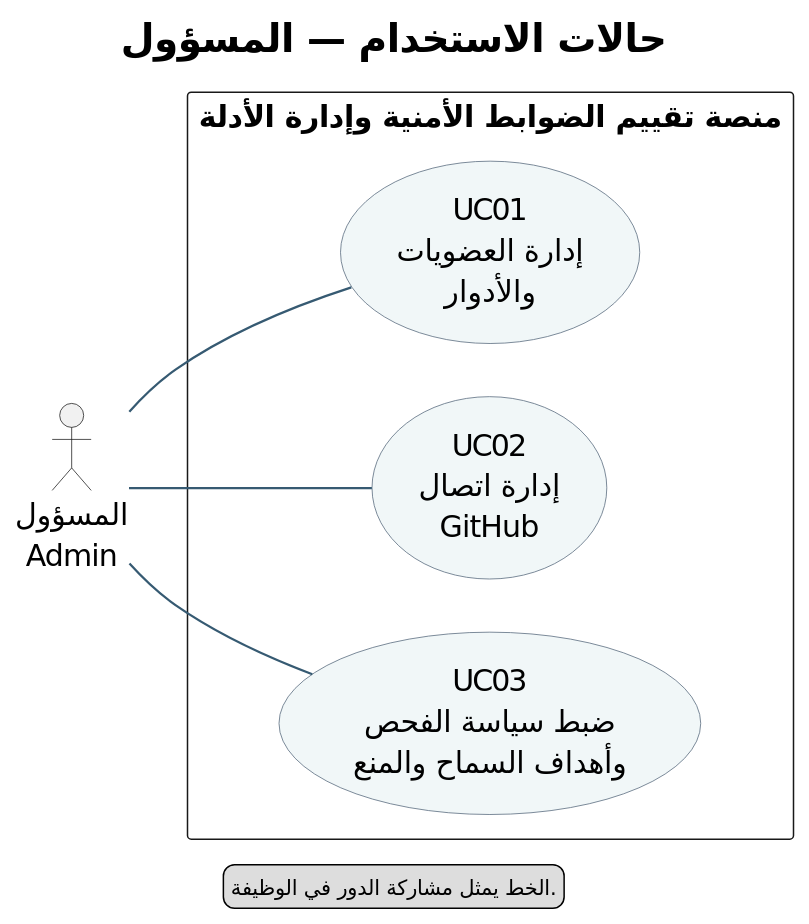
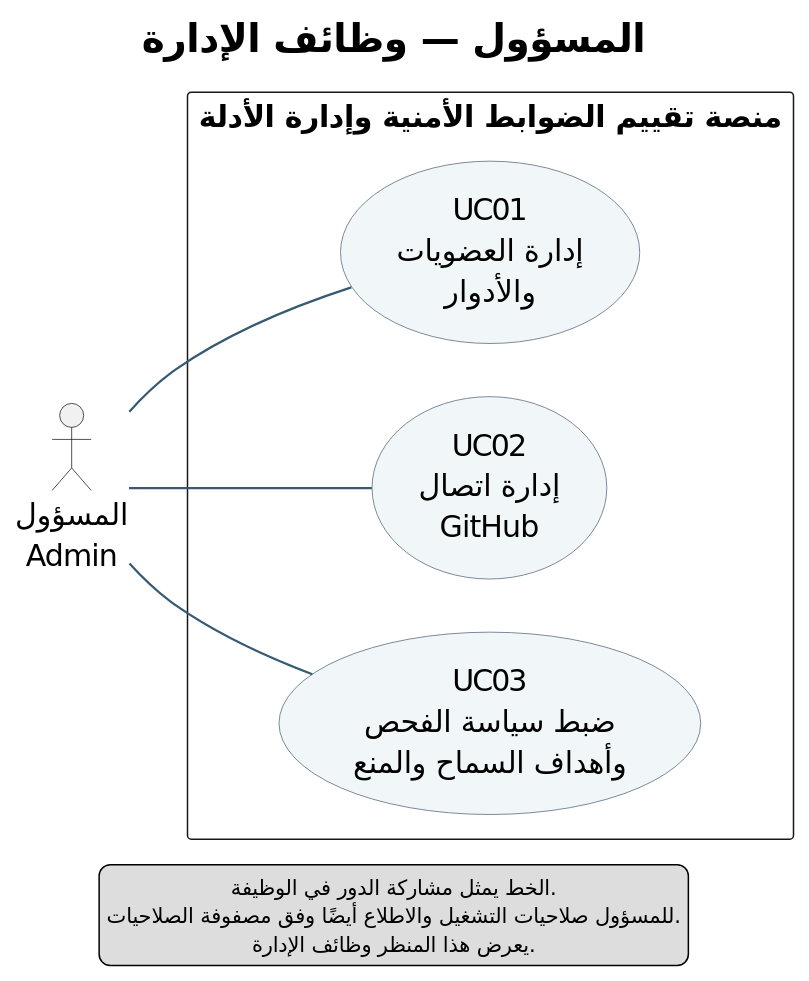
The first of 3 diagrams in docs/diagrams/use-cases/02-use-cases.puml (omar-Al-Assaf/github-security-assessment), drawn with PlantUML before and after one commit. The commit also changed 27 other files, not shown here.

```diff
--- a/docs/diagrams/use-cases/02-use-cases.puml
+++ b/docs/diagrams/use-cases/02-use-cases.puml
@@ -1,28 +1,30 @@
 @startuml 02-use-cases-admin
-title حالات الاستخدام — المسؤول
+title المسؤول — وظائف الإدارة
 left to right direction
 skinparam defaultFontName Dubai
 skinparam defaultFontSize 20
 skinparam titleFontSize 26
 skinparam defaultTextAlignment center
 skinparam shadowing false
 skinparam nodesep 35
 skinparam ranksep 55
 skinparam ArrowColor #365A72
 skinparam ArrowThickness 1.5
 skinparam usecaseBackgroundColor #F1F7F8
 skinparam usecaseBorderColor #526578
 
 actor "المسؤول\nAdmin" as Admin
 rectangle "منصة تقييم الضوابط الأمنية وإدارة الأدلة" {
   usecase "UC01\nإدارة العضويات\nوالأدوار" as UC01
   usecase "UC02\nإدارة اتصال\nGitHub" as UC02
   usecase "UC03\nضبط سياسة الفحص\nوأهداف السماح والمنع" as UC03
 }
 Admin -- UC01
 Admin -- UC02
 Admin -- UC03
 legend bottom
   الخط يمثل مشاركة الدور في الوظيفة.
+  للمسؤول صلاحيات التشغيل والاطلاع أيضًا وفق مصفوفة الصلاحيات.
+  يعرض هذا المنظر وظائف الإدارة.
 endlegend
 @enduml
```
